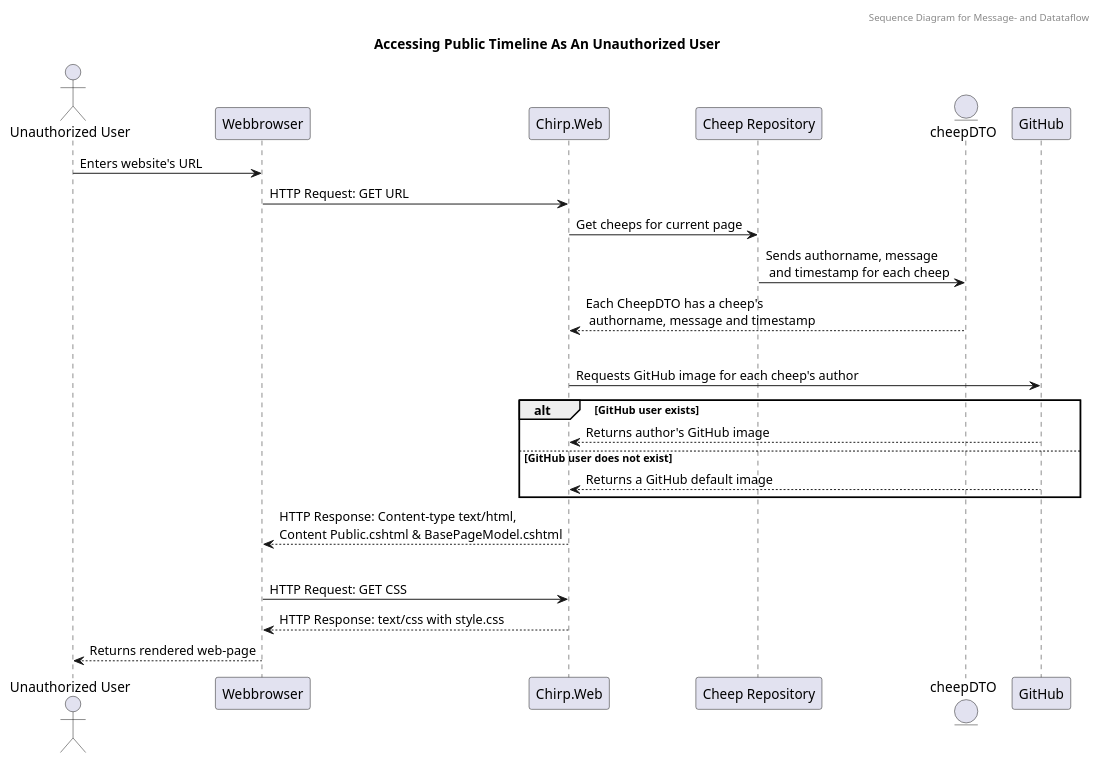
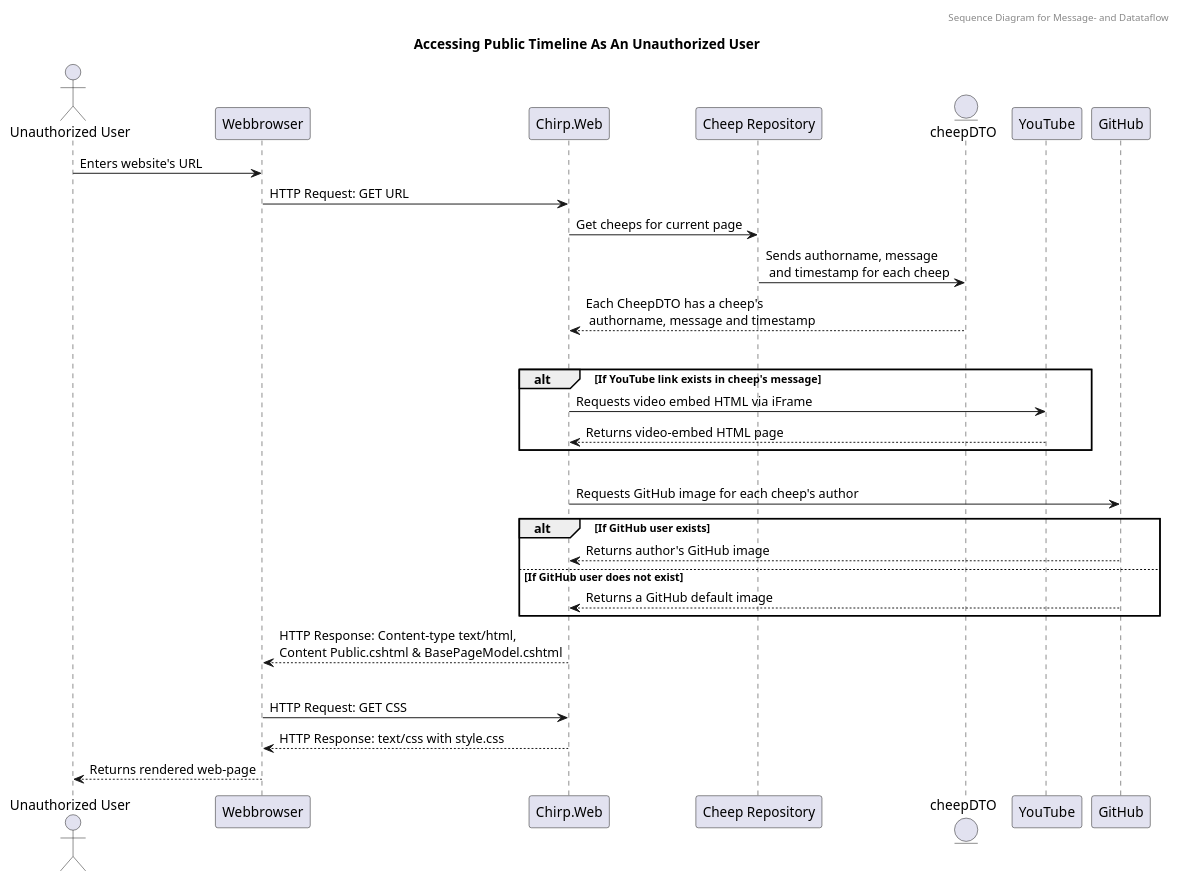
The diagram in docs/report_diagrams/UML_sequence_diagrams/msg_data_flow_UML_seq.puml (ITU-BDSA23-GROUP10/Chirp), drawn with PlantUML before and after one commit.

Commit message:
Added YouTube figure.

```diff
--- a/docs/report_diagrams/UML_sequence_diagrams/msg_data_flow_UML_seq.puml
+++ b/docs/report_diagrams/UML_sequence_diagrams/msg_data_flow_UML_seq.puml
@@ -1,34 +1,39 @@
 @startuml
 header Sequence Diagram for Message- and Datataflow
 Title Accessing Public Timeline As An Unauthorized User
 
 
 actor "Unauthorized User" as UnauthorizedUser
 participant "Webbrowser" as Browser
 participant "Chirp.Web" as ChirpWeb
 participant "Cheep Repository" as CheepRepo
 entity cheepDTO as CheepDTO
 
 UnauthorizedUser -> Browser: Enters website's URL
 Browser -> ChirpWeb: HTTP Request: GET URL
 
 ChirpWeb -> CheepRepo: Get cheeps for current page
 CheepRepo -> CheepDTO: Sends authorname, message \n and timestamp for each cheep
 CheepDTO --> ChirpWeb: Each CheepDTO has a cheep's \n authorname, message and timestamp
 |||
+alt If YouTube link exists in cheep's message
+    ChirpWeb -> YouTube: Requests video embed HTML via iFrame
+    YouTube --> ChirpWeb: Returns video-embed HTML page
+end
+|||
 
 ChirpWeb -> GitHub: Requests GitHub image for each cheep's author
-alt GitHub user exists
+alt If GitHub user exists
     GitHub --> ChirpWeb: Returns author's GitHub image
-else GitHub user does not exist
+else If GitHub user does not exist
     GitHub --> ChirpWeb: Returns a GitHub default image
 end
 
 ChirpWeb --> Browser: HTTP Response: Content-type text/html,\nContent Public.cshtml & BasePageModel.cshtml
 |||
 
 Browser -> ChirpWeb: HTTP Request: GET CSS
 ChirpWeb --> Browser: HTTP Response: text/css with style.css
 
 Browser --> UnauthorizedUser: Returns rendered web-page
 @enduml
```
